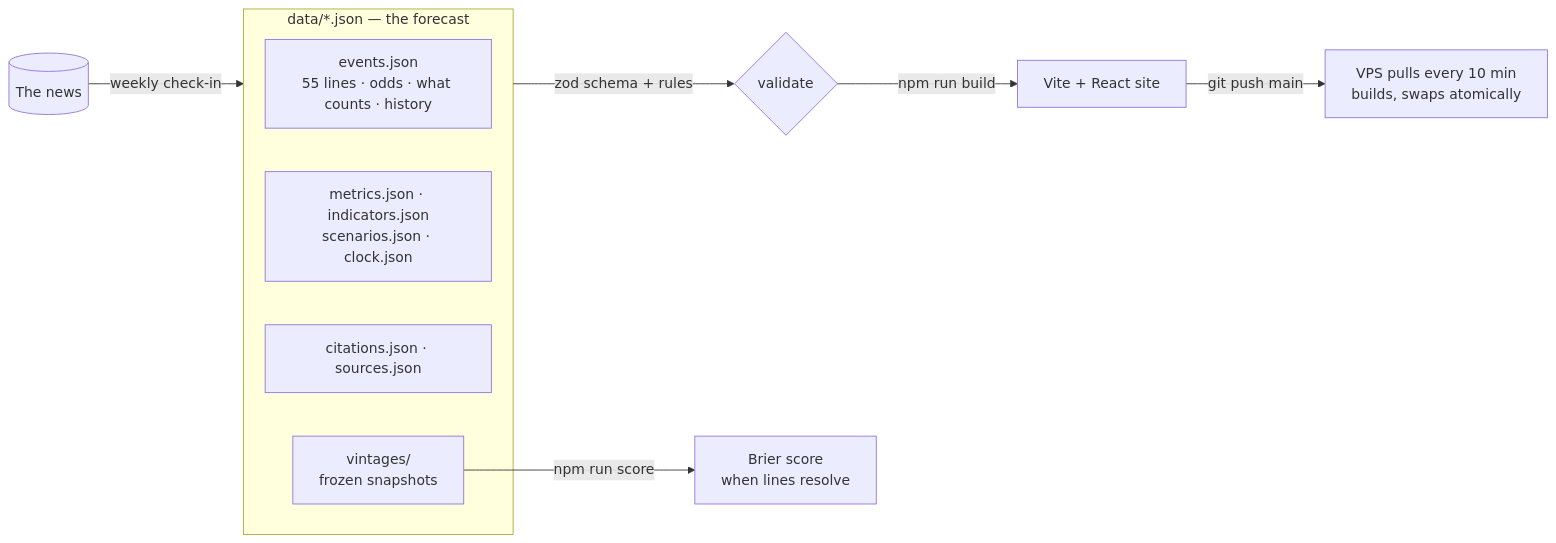
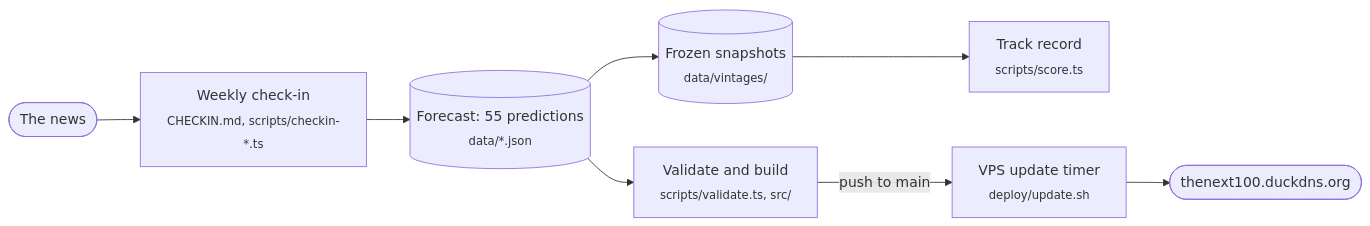
The diagram in README.md (GrimFandango42/the-next-100), drawn with Mermaid before and after one commit. The commit also changed other lines of this file and 3 other files, not shown here.

````diff
--- a/README.md
+++ b/README.md
@@ -19,14 +45,10 @@
 ```mermaid
 flowchart LR
-    news[(The news)] -->|weekly check-in| data
-    subgraph data["data/*.json — the forecast"]
-        events[events.json<br/>55 lines · odds · what counts · history]
-        metrics[metrics.json · indicators.json<br/>scenarios.json · clock.json]
-        cites[citations.json · sources.json]
-        vint[vintages/<br/>frozen snapshots]
-    end
-    data -->|zod schema + rules| validate{validate}
-    validate -->|npm run build| site[Vite + React site]
-    site -->|git push main| vps[VPS pulls every 10 min<br/>builds, swaps atomically]
-    vint -->|npm run score| brier[Brier score<br/>when lines resolve]
+  news([The news]) --> checkin[Weekly check-in<br/><sub>CHECKIN.md, scripts/checkin-*.ts</sub>]
+  checkin --> data[(Forecast: 55 predictions<br/><sub>data/*.json</sub>)]
+  data --> vint[(Frozen snapshots<br/><sub>data/vintages/</sub>)]
+  vint --> score[Track record<br/><sub>scripts/score.ts</sub>]
+  data --> build[Validate and build<br/><sub>scripts/validate.ts, src/</sub>]
+  build -->|push to main| vps[VPS update timer<br/><sub>deploy/update.sh</sub>]
+  vps --> site([thenext100.duckdns.org])
 ```
````
